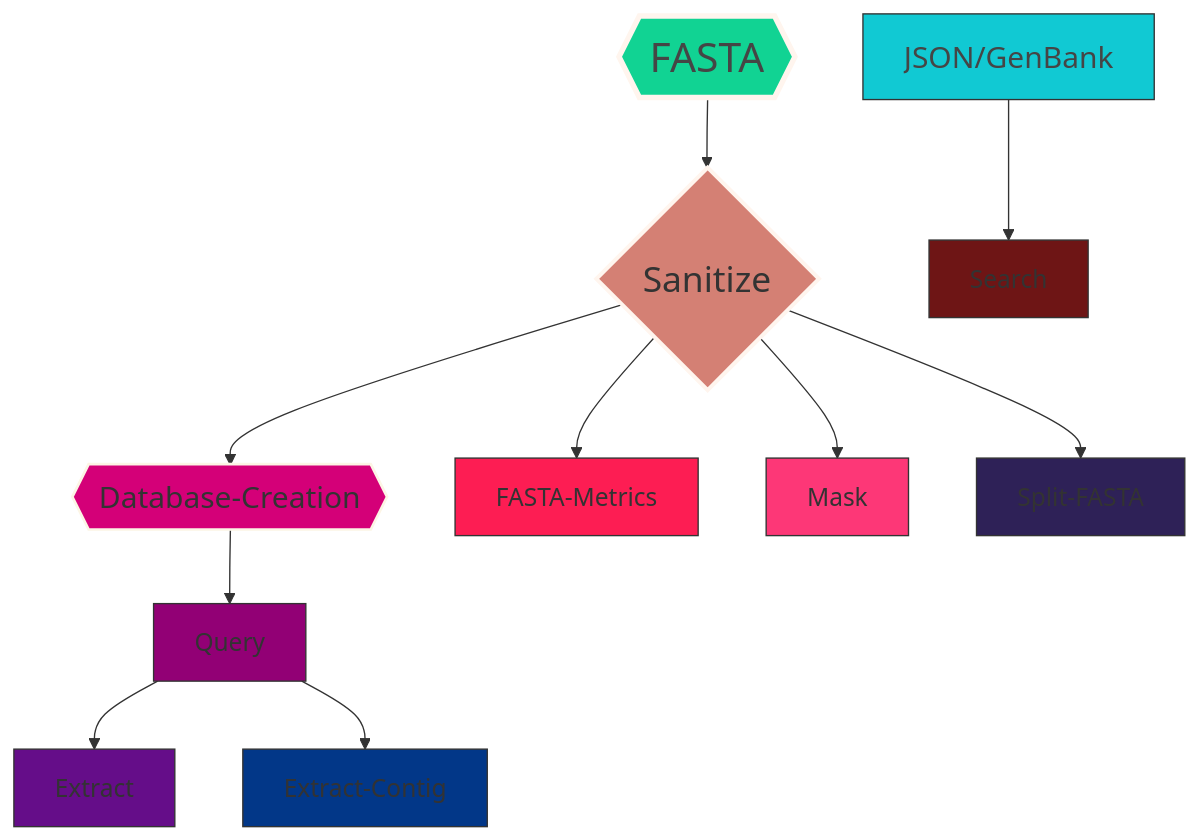
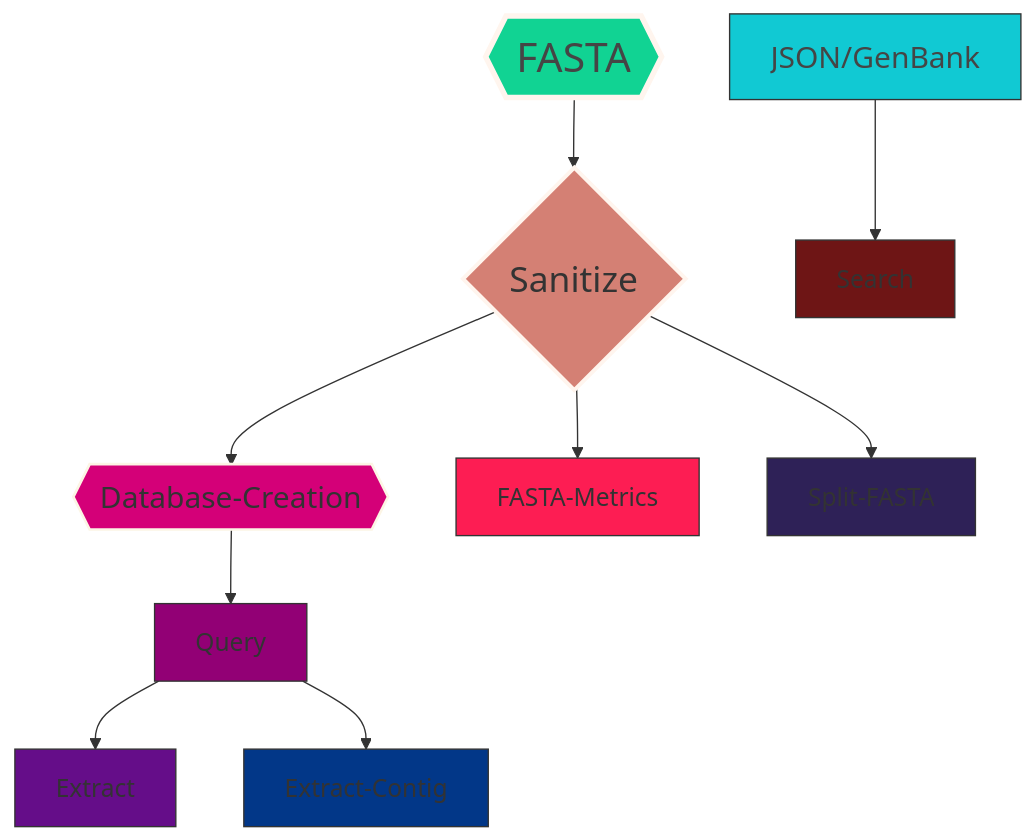
Before and after one commit to ERBringHorvath/SeqForge: the diagram in README.md, drawn with Mermaid. The commit also changed other lines of this file, not shown here.

````diff
--- a/README.md
+++ b/README.md
@@ -85,25 +79,23 @@
 ```mermaid
 graph TD;
     Z{{FASTA}}-->A{Sanitize};
     A{Sanitize}-->B{{Database-Creation}};
     B{{Database-Creation}}-->C[Query];
     C[Query]-->D[Extract];
     C[Query]-->E[Extract-Contig];
     A{Sanitize}-->F[FASTA-Metrics];
-    A{Sanitize}-->G[Mask];
     A{Sanitize}-->H[Split-FASTA];
     I[JSON/GenBank]-->J[Search];
 
     %% Custom style for Sanitize node
     style Z fill:#11d393,stroke:#fff5ee,stroke-width:4,font-size:30,color:#454545
     style A fill:#d48074,stroke:#fff5ee,stroke-width:3,font-size:26px
     style B fill:#d40078,stroke:#FCF5E5,stroke-width:2,font-size:22px
     style C fill:#920075,stroke:#333,stroke-width:1,font-size:18px
     style D fill:#650D89,stroke:#333,stroke-width:1,font-size:18px
     style E fill:#023788,stroke:#333,stroke-width:1,font-size:18px
     style F fill:#fd1d53,stroke:#333,stroke-width:1,font-size:18px
-    style G fill:#fd3777,stroke:#333,stroke-width:1,font-size:18px
     style H fill:#2e2157,stroke:#333,stroke-width:1,font-size:18px
     style I fill:#11c9d3,stroke:#333,stroke-width:1,font-size:22px,color:#454545
     style J fill:#6e1515,stroke:#333,stroke-width:1,font-size:18px
 ```
````
